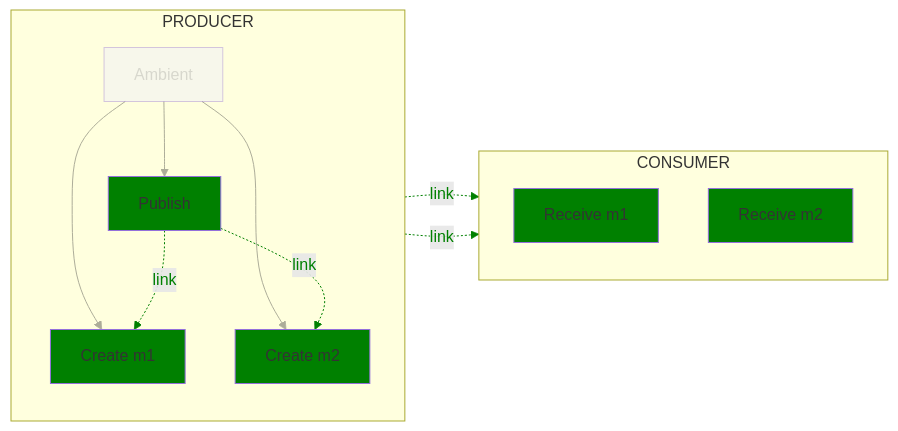
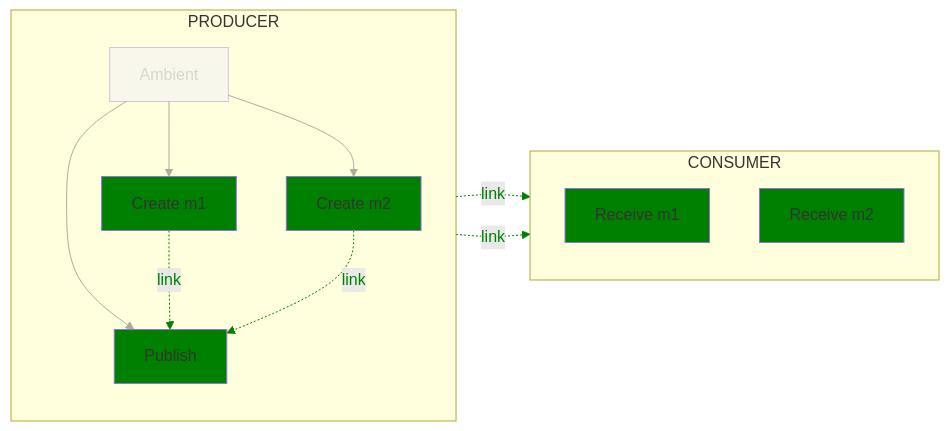
The eighth of 12 diagrams in text/trace/0220-messaging-semantic-conventions-span-structure.md (open-telemetry/oteps), drawn with Mermaid before and after one commit. The commit also changed other lines of this file, not shown here.

Commit message:
Diagram fixes

````diff
--- a/text/trace/0220-messaging-semantic-conventions-span-structure.md
+++ b/text/trace/0220-messaging-semantic-conventions-span-structure.md
@@ -483,25 +483,25 @@
 ```mermaid
 flowchart LR;
   subgraph PRODUCER
   direction TB
   A[Ambient]-->CM1[Create m1]
   A-->CM2[Create m2]
   A-->P[Publish]
   end
   subgraph CONSUMER
   direction TB
   RM1[Receive m1]
   RM2[Receive m2]
   end
   CM1-. link .->RM1;
   CM2-. link .->RM2;
-  P-. link .->CM1;
-  P-. link .->CM2;
+  CM1-. link .->P;
+  CM2-. link .->P;
 
   classDef normal fill:green
   class CM1,CM2,P,RM1,RM2 normal
   classDef additional opacity:0.4
   class A additional
   linkStyle 0,1,2 opacity:0.4
   linkStyle 3,4,5,6 color:green,stroke:green
 ```
````
